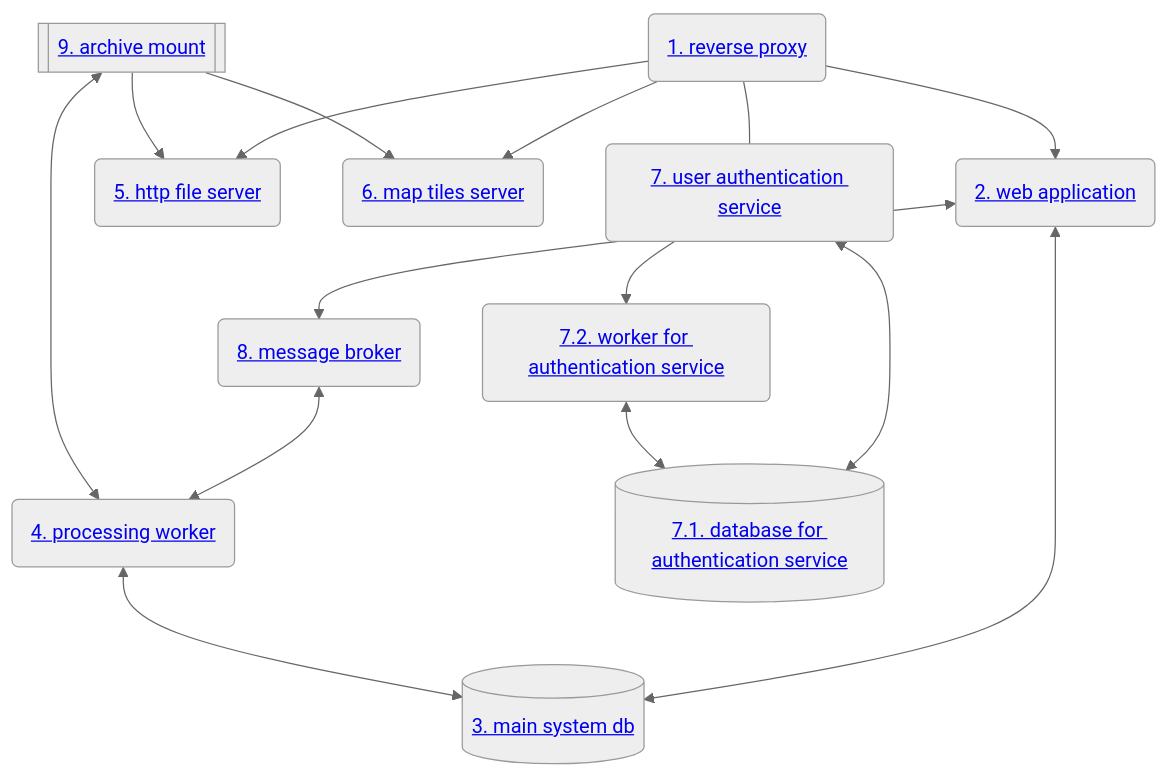
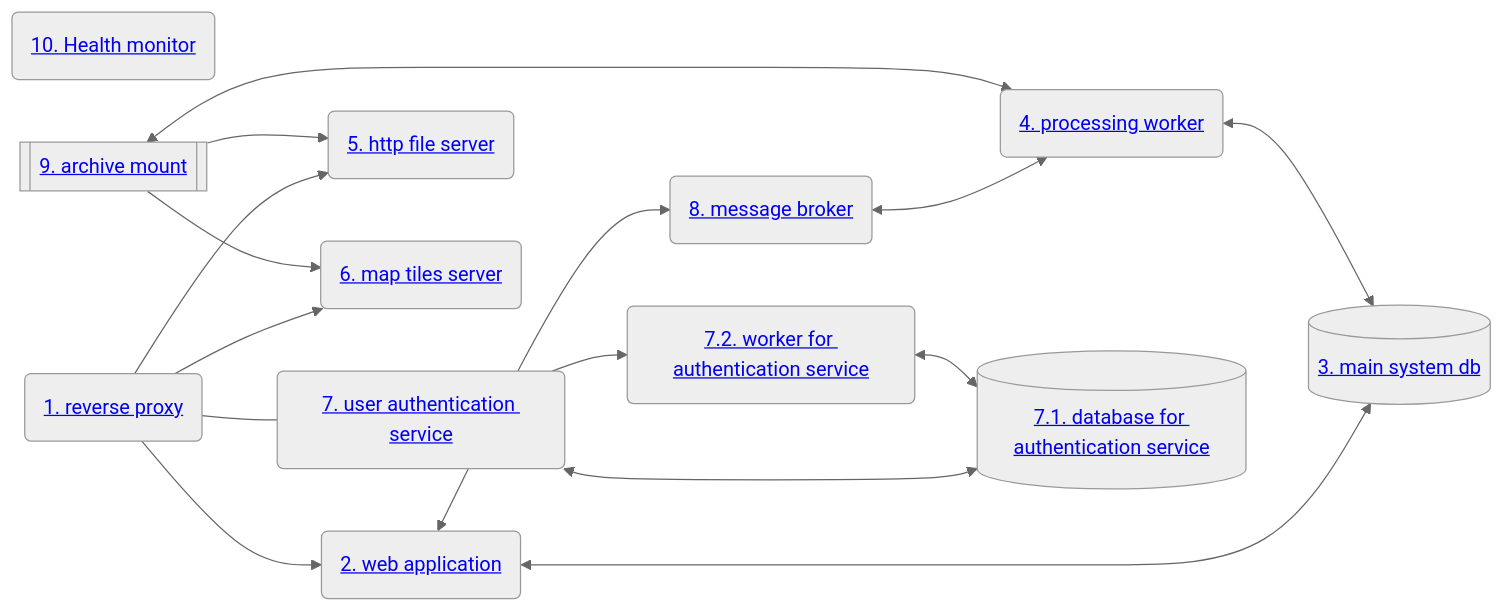
The diagram in docs/admin-guide.pt.md (NaturalGIS/seis-lab-data), drawn with Mermaid (neutral theme) before and after one commit. The commit also changed other lines of this file and 2 other files, not shown here.

````diff
--- a/docs/admin-guide.pt.md
+++ b/docs/admin-guide.pt.md
@@ -23,28 +159,29 @@
 ```mermaid
-flowchart TD
-    rev-proxy(<a href="#1-servico-reverse-proxy">1. reverse proxy</a>)
-    webapp(<a href="#2-servico-web-application">2. web application</a>)
-    db[(<a href="#3-servico-main-system-db">3. main system db</a>)]
-    proc-worker(<a href="#4-servico-processing-worker">4. processing worker</a>)
-    file-server(<a href="#5-servico-http-file-server">5. http file server</a>)
-    tile-server(<a href="#6-servico-map-tiles-server">6. map tiles server</a>)
-    auth-webapp(<a href="#7-servico-user-authentication-service">7. user authentication service</a>)
-    auth-db[(<a href="#71-servico-database-for-authentication-service">7.1. database for authentication service</a>)]
-    auth-worker(<a href="#72-servico-worker-for-authentication-service">7.2. worker for authentication service</a>)
-    message-broker(<a href="#8-servico-message-broker">8. message broker</a>)
-    arch[[<a href="#9-servico-archive-mount">9. archive mount</a>]]
+flowchart LR
+    monitor(<a href="#10-servico-health-monitor">10. Health monitor</a>)
+    rev-proxy(<a href="#1-componente-reverse-proxy">1. reverse proxy</a>)
+    webapp(<a href="#2-componente-web-application">2. web application</a>)
+    db[(<a href="#3-componente-main-system-db">3. main system db</a>)]
+    proc-worker(<a href="#4-componente-processing-worker">4. processing worker</a>)
+    file-server(<a href="#5-componente-http-file-server">5. http file server</a>)
+    tile-server(<a href="#6-componente-map-tiles-server">6. map tiles server</a>)
+    auth-webapp(<a href="#7-componente-user-authentication-service">7. user authentication service</a>)
+    auth-db[(<a href="#71-componente-database-for-authentication-service">7.1. database for authentication service</a>)]
+    auth-worker(<a href="#72-componente-worker-for-authentication-service">7.2. worker for authentication service</a>)
+    message-broker(<a href="#8-componente-message-broker">8. message broker</a>)
+    arch[[<a href="#9-componente-archive-mount">9. archive mount</a>]]
     rev-proxy --> webapp
     rev-proxy --> file-server
     rev-proxy --> tile-server
     rev-proxy --- auth-webapp
     auth-webapp <--> auth-db
     auth-webapp --> auth-worker
     auth-worker <--> auth-db
     webapp <--> db
     proc-worker <--> db
     webapp <--> message-broker
     message-broker <--> proc-worker
     arch --> file-server
     arch --> tile-server
     arch <--> proc-worker
 ```
````
